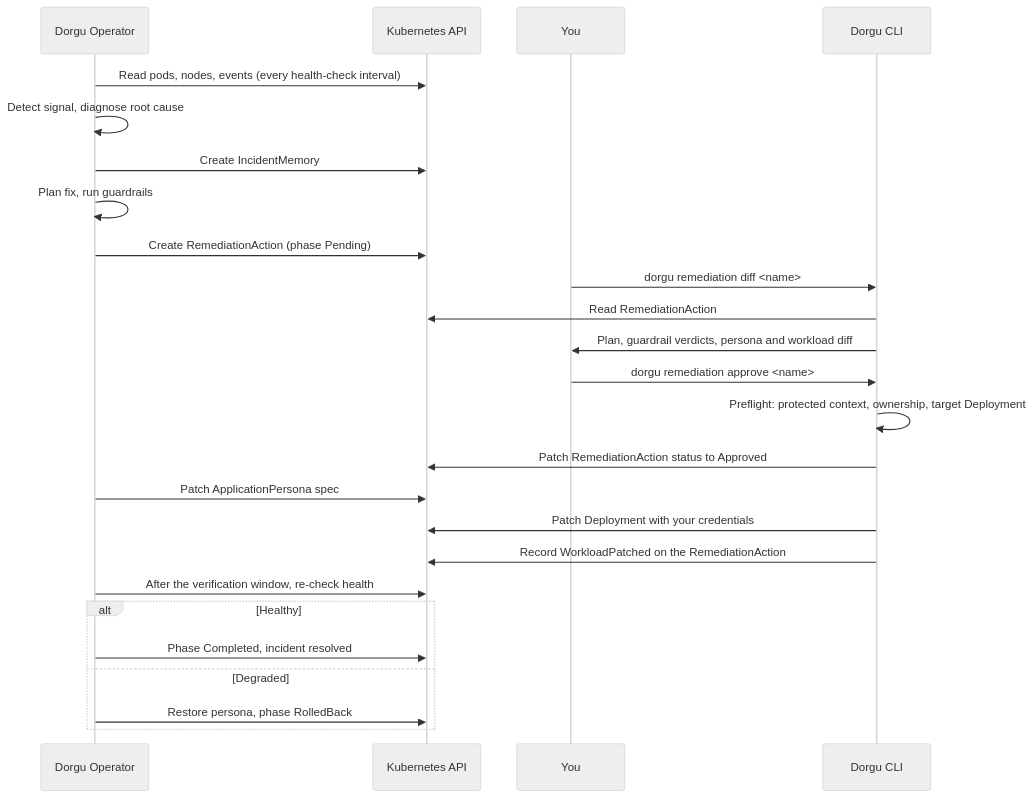
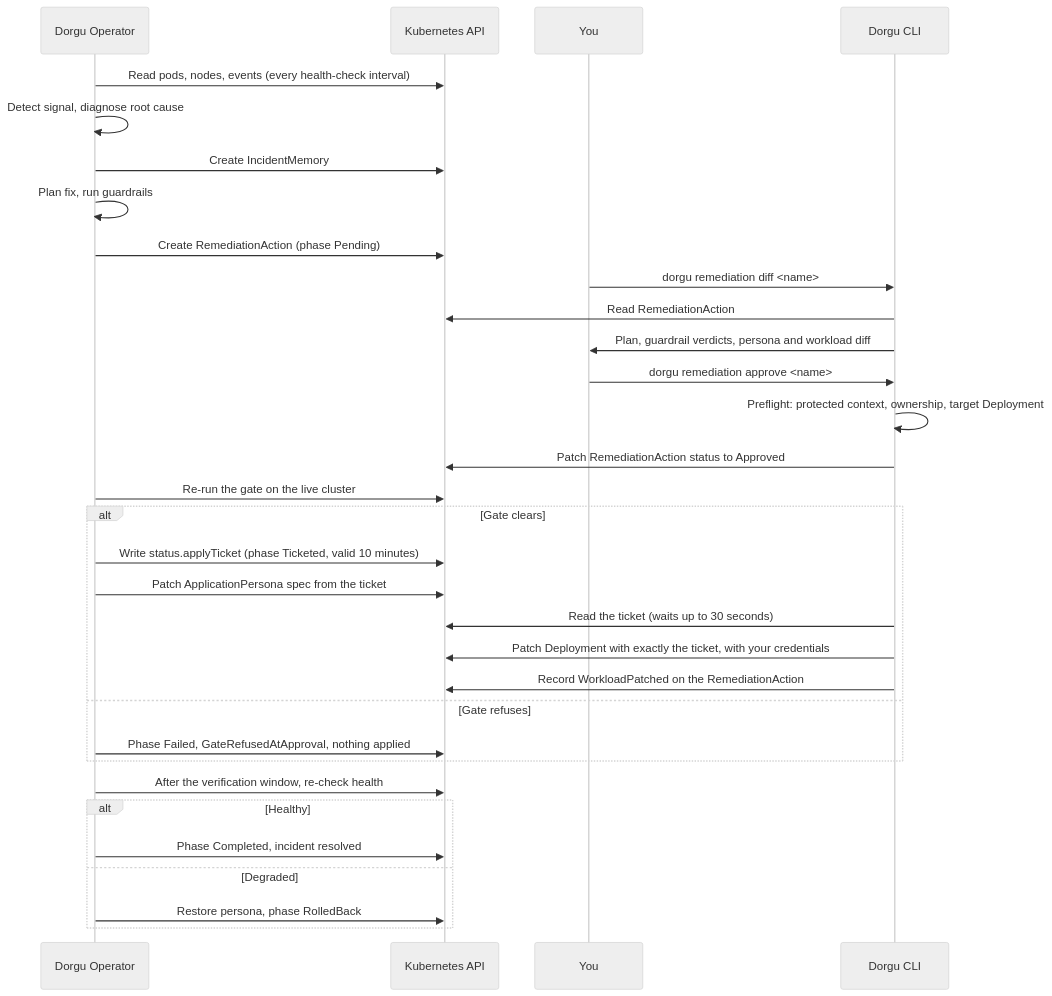
The second of 8 diagrams in cli/architecture/data-flow.mdx (dorgu-ai/docs), drawn with Mermaid (neutral theme) before and after one commit. The commit also changed other lines of this file and 23 other files, not shown here.

````diff
--- a/cli/architecture/data-flow.mdx
+++ b/cli/architecture/data-flow.mdx
@@ -35,27 +35,34 @@
 ```mermaid
 sequenceDiagram
     participant Op as Dorgu Operator
     participant K8s as Kubernetes API
     participant Dev as You
     participant CLI as Dorgu CLI
     Op->>K8s: Read pods, nodes, events (every health-check interval)
     Op->>Op: Detect signal, diagnose root cause
     Op->>K8s: Create IncidentMemory
     Op->>Op: Plan fix, run guardrails
     Op->>K8s: Create RemediationAction (phase Pending)
     Dev->>CLI: dorgu remediation diff <name>
     CLI->>K8s: Read RemediationAction
     CLI->>Dev: Plan, guardrail verdicts, persona and workload diff
     Dev->>CLI: dorgu remediation approve <name>
     CLI->>CLI: Preflight: protected context, ownership, target Deployment
     CLI->>K8s: Patch RemediationAction status to Approved
-    Op->>K8s: Patch ApplicationPersona spec
-    CLI->>K8s: Patch Deployment with your credentials
-    CLI->>K8s: Record WorkloadPatched on the RemediationAction
+    Op->>K8s: Re-run the gate on the live cluster
+    alt Gate clears
+        Op->>K8s: Write status.applyTicket (phase Ticketed, valid 10 minutes)
+        Op->>K8s: Patch ApplicationPersona spec from the ticket
+        CLI->>K8s: Read the ticket (waits up to 30 seconds)
+        CLI->>K8s: Patch Deployment with exactly the ticket, with your credentials
+        CLI->>K8s: Record WorkloadPatched on the RemediationAction
+    else Gate refuses
+        Op->>K8s: Phase Failed, GateRefusedAtApproval, nothing applied
+    end
     Op->>K8s: After the verification window, re-check health
     alt Healthy
         Op->>K8s: Phase Completed, incident resolved
     else Degraded
         Op->>K8s: Restore persona, phase RolledBack
     end
 ```
````
